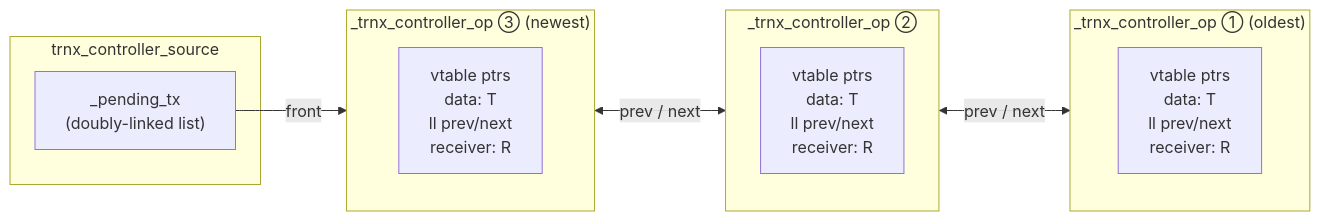
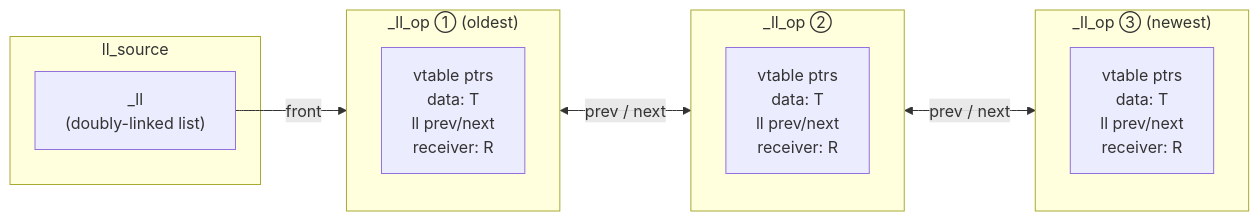
One commit to koniarik/ecor changed the first of 2 diagrams in README.md. Above: the diagram before and after it, drawn with Mermaid. The commit also changed other lines of this file and 10 other files, not shown here.

Commit message:
docs: restructure ll_source section; rename trnx_circular_buffer → pipeline_buffer and _get_stopped_t → get_stopped_t

````diff
--- a/README.md
+++ b/README.md
@@ -890,28 +197,28 @@
 ```mermaid
 graph LR
-    subgraph source["trnx_controller_source"]
-        head["_pending_tx\n(doubly-linked list)"]
+    subgraph source["ll_source"]
+        head["_ll\n(doubly-linked list)"]
     end
 
-    head -- "front" --> op3
+    head -- "front" --> op1
 
-    subgraph op3["_trnx_controller_op  ③  (newest)"]
+    subgraph op1["_ll_op  ①  (oldest)"]
+        direction TB
+        f1["vtable ptrs\ndata: T\nll prev/next\nreceiver: R"]
+    end
+
+    op1 <-- "prev / next" --> op2
+
+    subgraph op2["_ll_op  ②"]
+        direction TB
+        f2["vtable ptrs\ndata: T\nll prev/next\nreceiver: R"]
+    end
+
+    op2 <-- "prev / next" --> op3
+
+    subgraph op3["_ll_op  ③  (newest)"]
         direction TB
         f3["vtable ptrs\ndata: T\nll prev/next\nreceiver: R"]
     end
 
-    op3 <-- "prev / next" --> op2
-
-    subgraph op2["_trnx_controller_op  ②"]
-        direction TB
-        f2["vtable ptrs\ndata: T\nll prev/next\nreceiver: R"]
-    end
-
-    op2 <-- "prev / next" --> op1
-
-    subgraph op1["_trnx_controller_op  ①  (oldest)"]
-        direction TB
-        f1["vtable ptrs\ndata: T\nll prev/next\nreceiver: R"]
-    end
-
 ```
````
